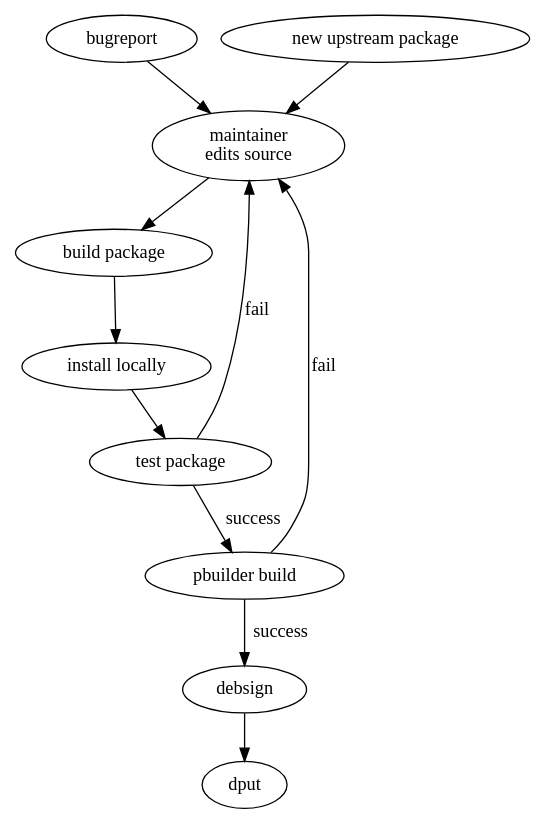
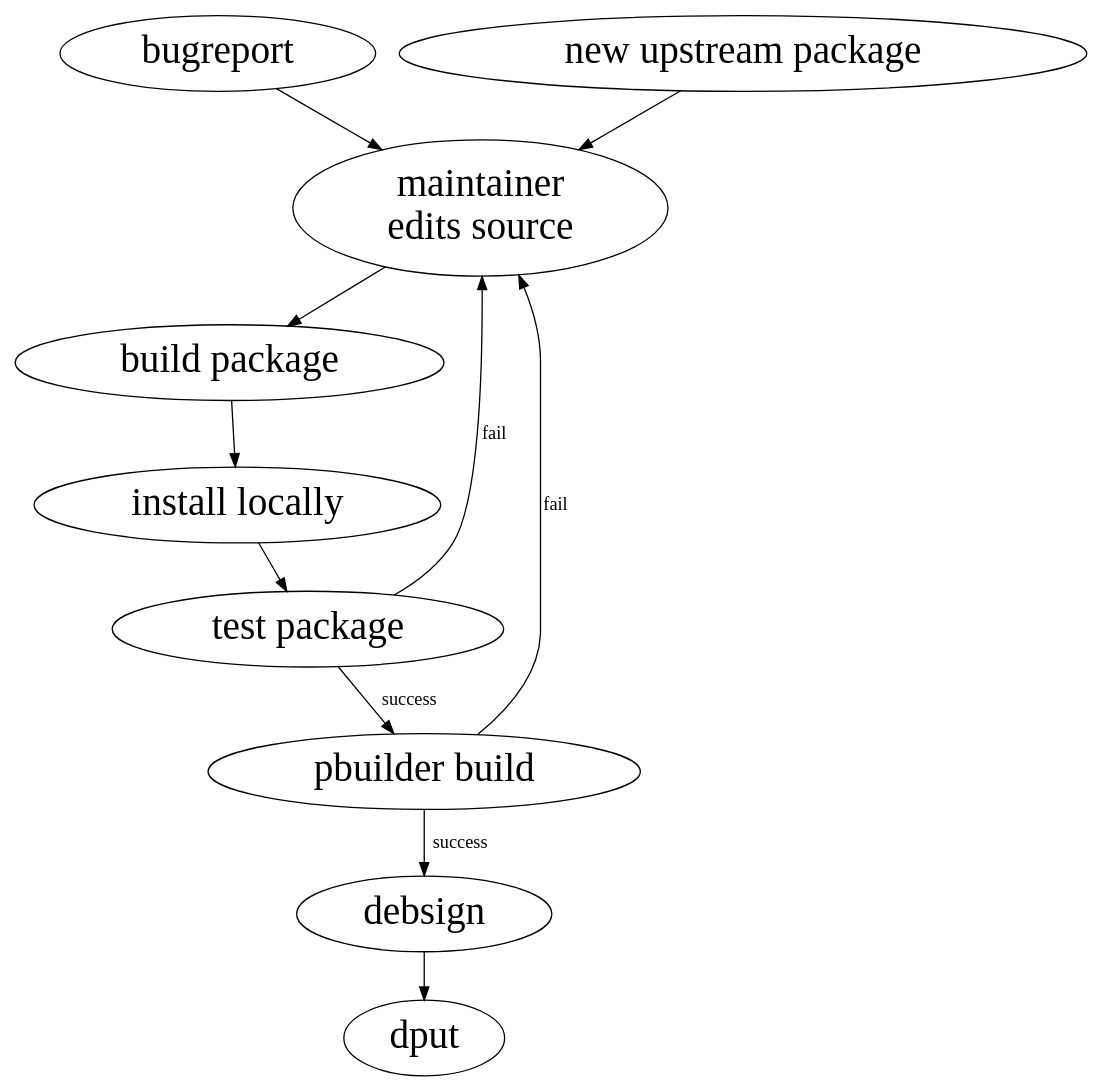
Before and after one commit to mpalmer/pbuilder: the diagram in Documentation/debconf7/develcycle.dot, drawn with Graphviz. The commit also changed 2 other files, not shown here.

```diff
--- a/Documentation/debconf7/develcycle.dot
+++ b/Documentation/debconf7/develcycle.dot
@@ -1,16 +1,17 @@
 // (let* ((dot buffer-file-name) (eps (replace-regexp-in-string "dot$" "eps" dot)) (svg (replace-regexp-in-string "dot$" "svg" dot))) (shell-command (concat "dot "dot" -T ps > "eps"; gv "eps)))
 digraph structure {
 mindist=1
+node [fontsize=30]
 
 "edit source" [label="maintainer\nedits source"] 
 "bugreport"->"edit source"
 "new upstream package"->"edit source"
 "edit source"->"build package"
 "build package"->"install locally"
 "install locally"->"test package"
 "test package"->"edit source" [label="fail"]
 "test package"->"pbuilder build" [label="success"]
 "pbuilder build"->"edit source" [label="fail"]
 "pbuilder build"->"debsign" [label="success"]
 "debsign"->"dput"
 }
```
